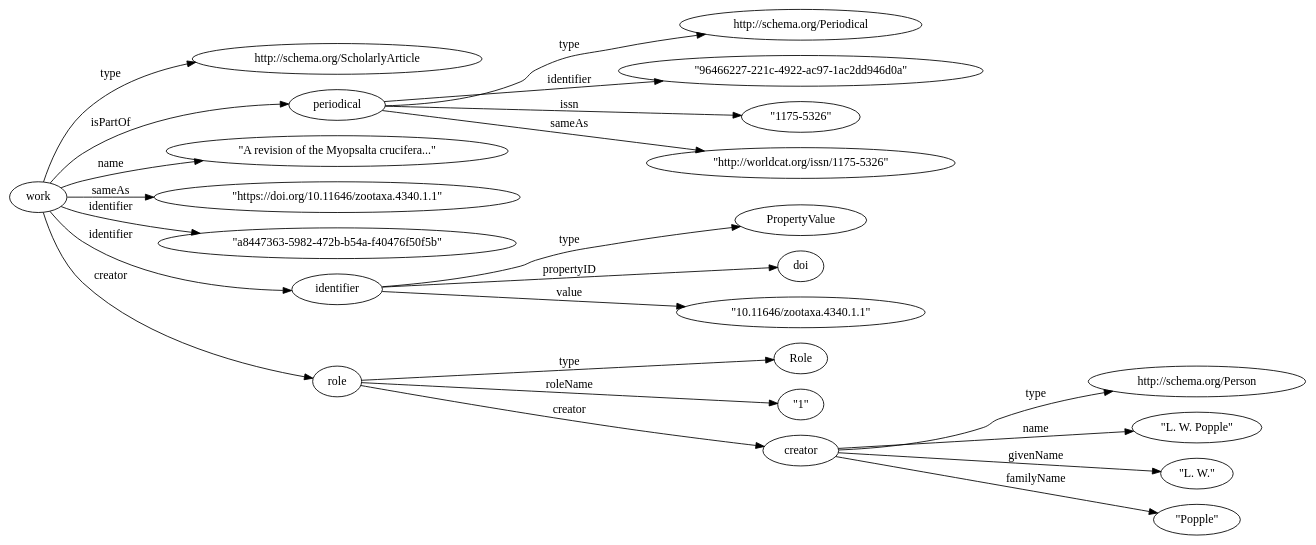
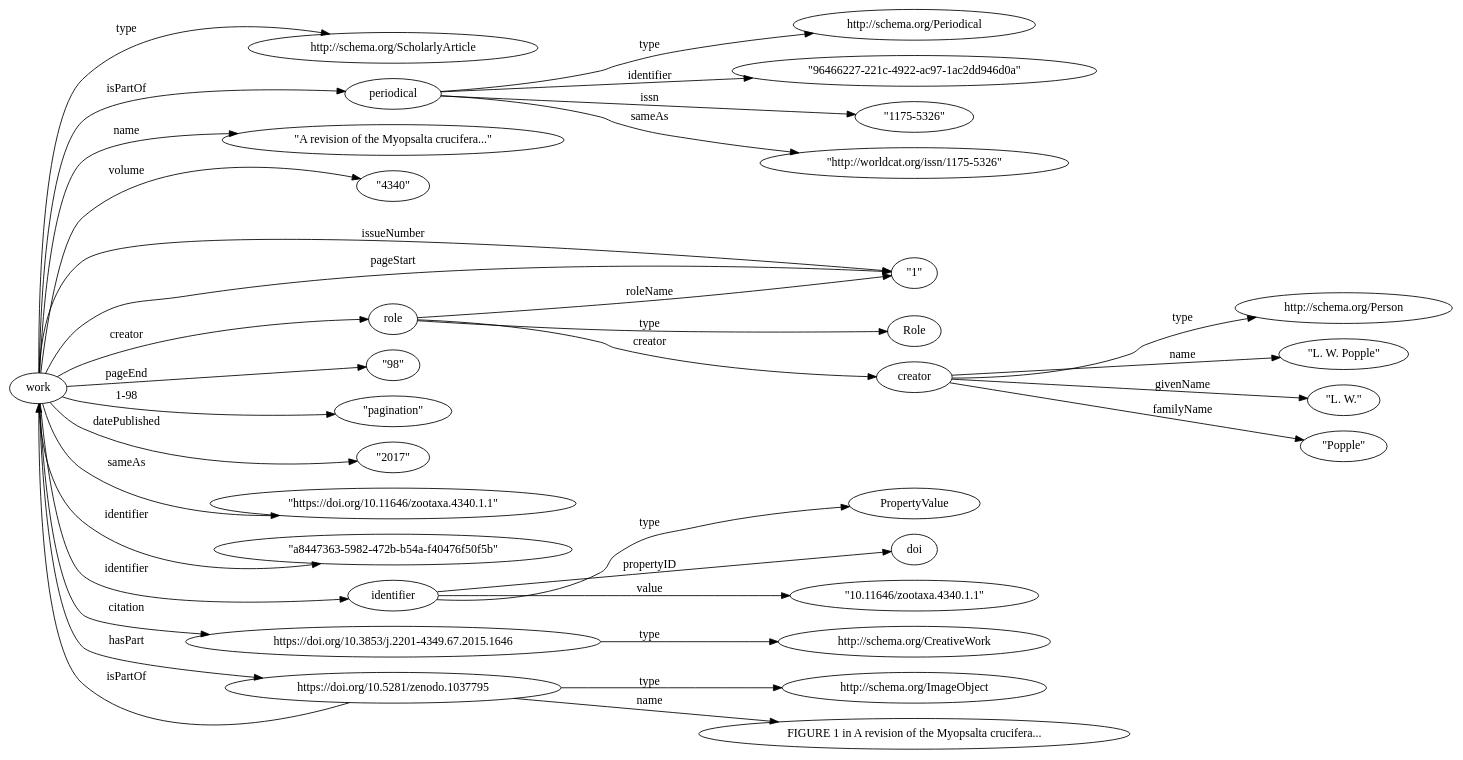
Before and after one commit to rdmpage/oz-afd-export: the diagram in models/work.dot, drawn with Graphviz. The commit also changed other lines of this file and 1 other file, not shown here.

```diff
--- a/models/work.dot
+++ b/models/work.dot
@@ -1,32 +1,52 @@
 digraph G { 
 rankdir = LR;
 "work" -> "http://schema.org/ScholarlyArticle" [label="type"];
 "work" -> "periodical" [label="isPartOf"];
 
 "work" -> "\"A revision of the Myopsalta crucifera...\"" [label="name"];
+
+"work" -> "\"4340\"" [label="volume"];
+"work" -> "\"1\"" [label="issueNumber"];
+"work" -> "\"1\"" [label="pageStart"];
+"work" -> "\"98\"" [label="pageEnd"];
+"work" -> "\"pagination\"" [label="1-98"];
+"work" -> "\"2017\"" [label="datePublished"];
+
+
 "work" -> "\"https://doi.org/10.11646/zootaxa.4340.1.1\"" [label="sameAs"];
 
 "work" -> "\"a8447363-5982-472b-b54a-f40476f50f5b\"" [label="identifier"];
 
 "work" -> "identifier" [label="identifier"];
 
 "identifier" -> "PropertyValue" [label="type"];
 "identifier" -> "doi" [label="propertyID"];
 "identifier" -> "\"10.11646/zootaxa.4340.1.1\"" [label="value"];
 
 "work" -> "role" [label="creator"];
 "role" -> "Role" [label="type"];
 "role" -> "\"1\"" [label="roleName"];
 "role" -> "creator" [label="creator"];
 
 "creator" -> "http://schema.org/Person" [label="type"];
 "creator" -> "\"L. W. Popple\"" [label="name"];
 "creator" -> "\"L. W.\"" [label="givenName"];
 "creator" -> "\"Popple\"" [label="familyName"];
 
 "periodical" -> "http://schema.org/Periodical" [label="type"];
 "periodical" -> "\"96466227-221c-4922-ac97-1ac2dd946d0a\"" [label="identifier"];
 "periodical" -> "\"1175-5326\"" [label="issn"];
 "periodical" -> "\"http://worldcat.org/issn/1175-5326\"" [label="sameAs"];
 
+/* Citation from Zenodo */
+"work" -> "https://doi.org/10.3853/j.2201-4349.67.2015.1646" [label="citation"];
+"https://doi.org/10.3853/j.2201-4349.67.2015.1646" -> "http://schema.org/CreativeWork" [label="type"];
+
+/* Figure from Zenodo */
+"work" -> "https://doi.org/10.5281/zenodo.1037795" [label="hasPart"];
+"https://doi.org/10.5281/zenodo.1037795" -> "work" [label="isPartOf"];
+
+"https://doi.org/10.5281/zenodo.1037795" -> "http://schema.org/ImageObject" [label="type"];
+"https://doi.org/10.5281/zenodo.1037795" -> "FIGURE 1 in A revision of the Myopsalta crucifera..." [label="name"];
+
 }
```
